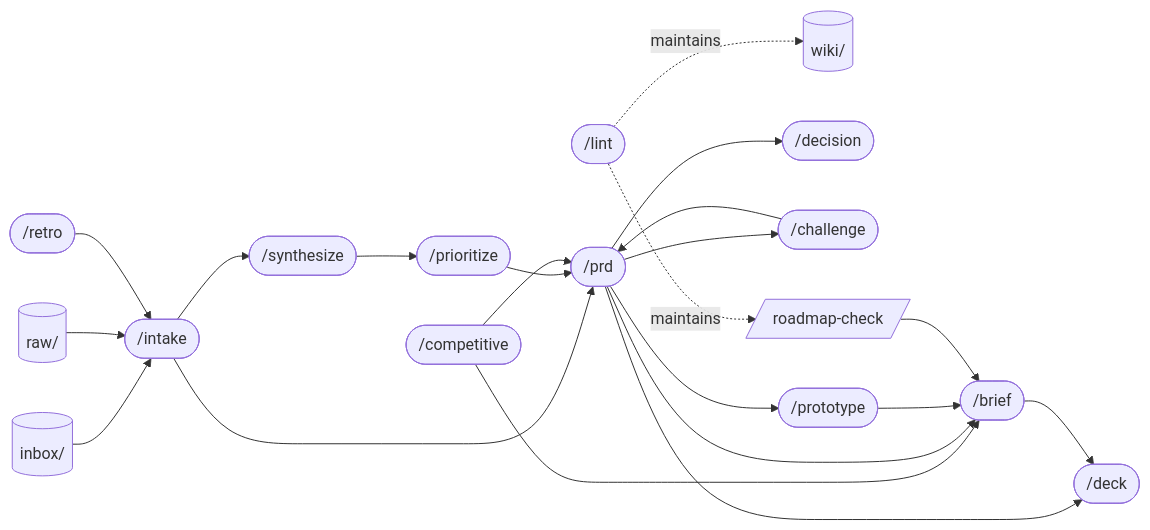
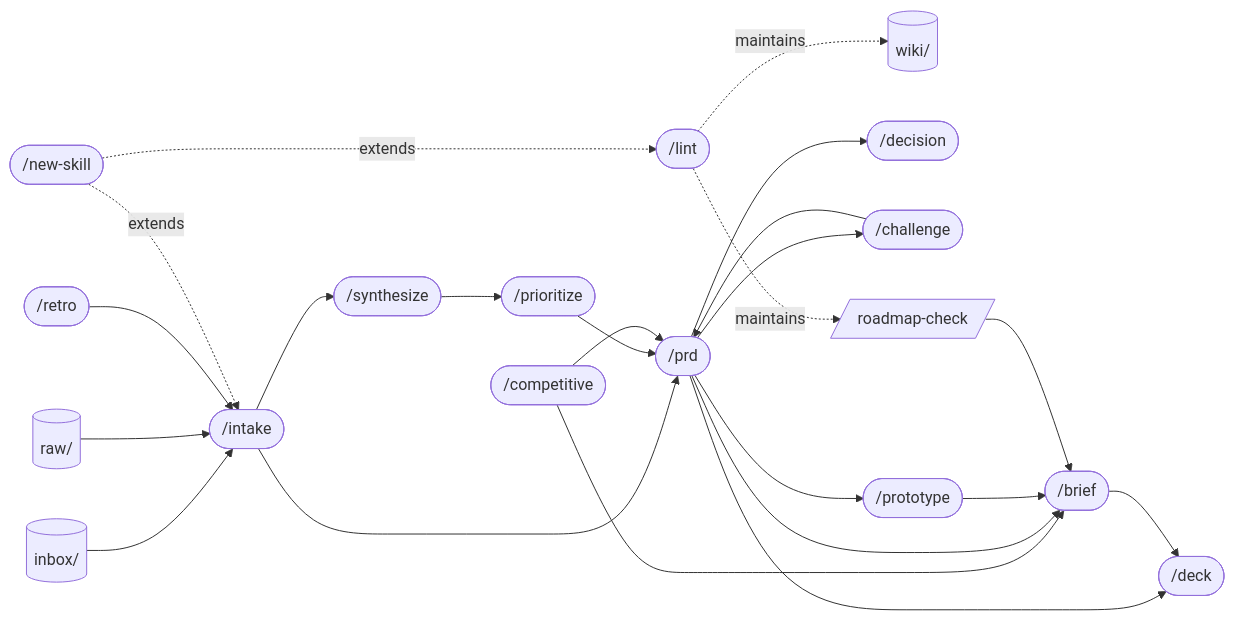
Before and after one commit to gxchris95/pm-workspace: the diagram in skills/GRAPH.md, drawn with Mermaid. The commit also changed other lines of this file and 4 other files, not shown here.

````diff
--- a/skills/GRAPH.md
+++ b/skills/GRAPH.md
@@ -12,41 +12,44 @@
 ```mermaid
 flowchart LR
   inbox[(inbox/)]
   raw[(raw/)]
   wiki[(wiki/)]
 
   intake([/intake])
   synthesize([/synthesize])
   prioritize([/prioritize])
   competitive([/competitive])
   prd([/prd])
   decision([/decision])
   challenge([/challenge])
   prototype([/prototype])
   roadmap[/roadmap-check/]
   brief([/brief])
   deck([/deck])
   retro([/retro])
   lint([/lint])
+  newskill([/new-skill])
 
   inbox --> intake
   raw --> intake
   intake --> synthesize
   intake --> prd
   synthesize --> prioritize
   prioritize --> prd
   competitive --> prd
   competitive --> brief
   prd --> challenge
   challenge --> prd
   prd --> prototype
   prd --> decision
   prd --> brief
   prd --> deck
   brief --> deck
   prototype --> brief
   roadmap --> brief
   retro --> intake
   lint -.maintains.-> wiki
   lint -.maintains.-> roadmap
+  newskill -.extends.-> intake
+  newskill -.extends.-> lint
 ```
````
